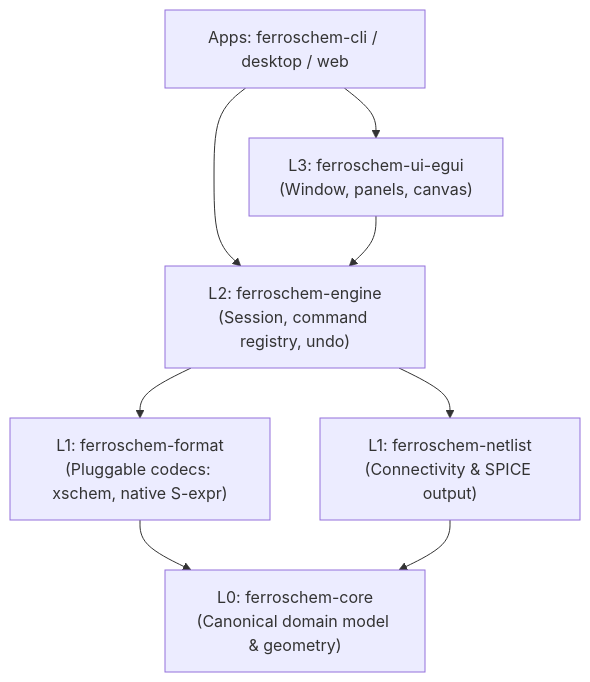
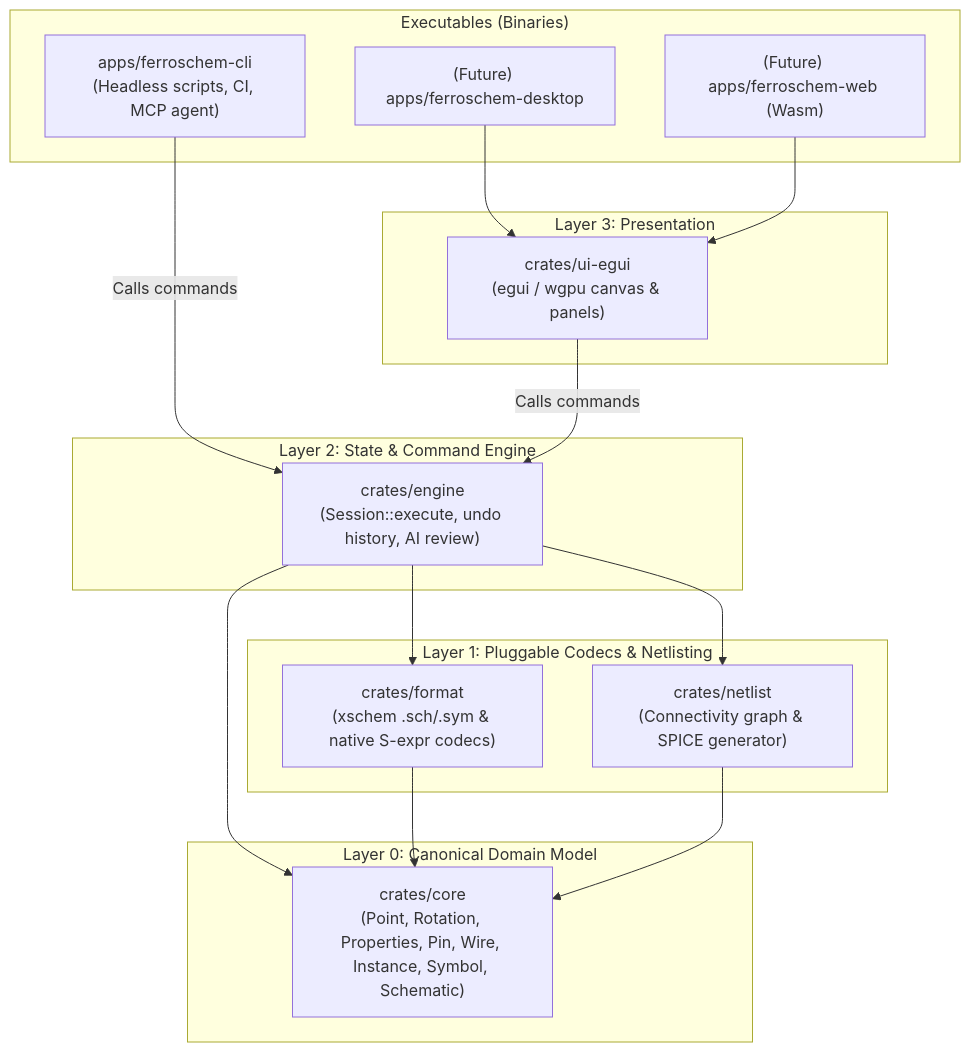
The diagram in docs/02-rust-for-ferroschem/01-workspace-and-crates.md (ferro-eda/ferroschem), drawn with Mermaid before and after one commit. The commit also changed other lines of this file and 5 other files, not shown here.

Commit message:
docs: improve layer architecture diagram and fix repo file links

````diff
--- a/docs/02-rust-for-ferroschem/01-workspace-and-crates.md
+++ b/docs/02-rust-for-ferroschem/01-workspace-and-crates.md
@@ -58,10 +58,35 @@
 ```mermaid
 flowchart TD
-    Apps["Apps: ferroschem-cli / desktop / web"] --> L3["L3: ferroschem-ui-egui<br/>(Window, panels, canvas)"]
-    Apps --> L2["L2: ferroschem-engine<br/>(Session, command registry, undo)"]
-    L3 --> L2
-    L2 --> L1A["L1: ferroschem-format<br/>(Pluggable codecs: xschem, native S-expr)"]
-    L2 --> L1B["L1: ferroschem-netlist<br/>(Connectivity & SPICE output)"]
-    L1A --> L0["L0: ferroschem-core<br/>(Canonical domain model & geometry)"]
-    L1B --> L0
+    subgraph Apps ["Executables (Binaries)"]
+        CLI["apps/ferroschem-cli<br/>(Headless scripts, CI, MCP agent)"]
+        Desktop["(Future) apps/ferroschem-desktop"]
+        Web["(Future) apps/ferroschem-web (Wasm)"]
+    end
+
+    subgraph L3 ["Layer 3: Presentation"]
+        UI["crates/ui-egui<br/>(egui / wgpu canvas & panels)"]
+    end
+
+    subgraph L2 ["Layer 2: State & Command Engine"]
+        Engine["crates/engine<br/>(Session::execute, undo history, AI review)"]
+    end
+
+    subgraph L1 ["Layer 1: Pluggable Codecs & Netlisting"]
+        Format["crates/format<br/>(xschem .sch/.sym & native S-expr codecs)"]
+        Netlist["crates/netlist<br/>(Connectivity graph & SPICE generator)"]
+    end
+
+    subgraph L0 ["Layer 0: Canonical Domain Model"]
+        Core["crates/core<br/>(Point, Rotation, Properties, Pin, Wire, Instance, Symbol, Schematic)"]
+    end
+
+    CLI -->|Calls commands| Engine
+    Desktop --> UI
+    Web --> UI
+    UI -->|Calls commands| Engine
+    Engine --> Format
+    Engine --> Netlist
+    Engine --> Core
+    Format --> Core
+    Netlist --> Core
 ```
````
